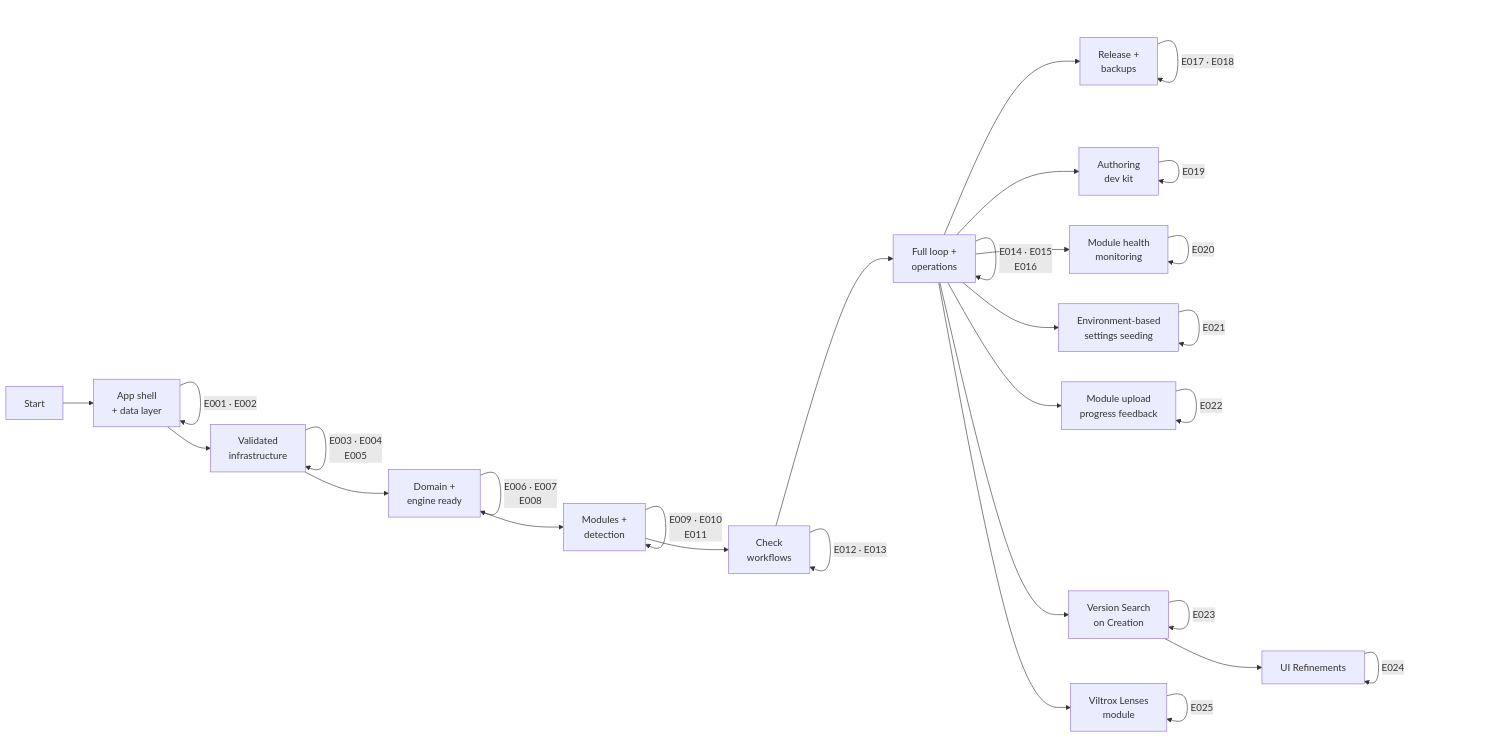
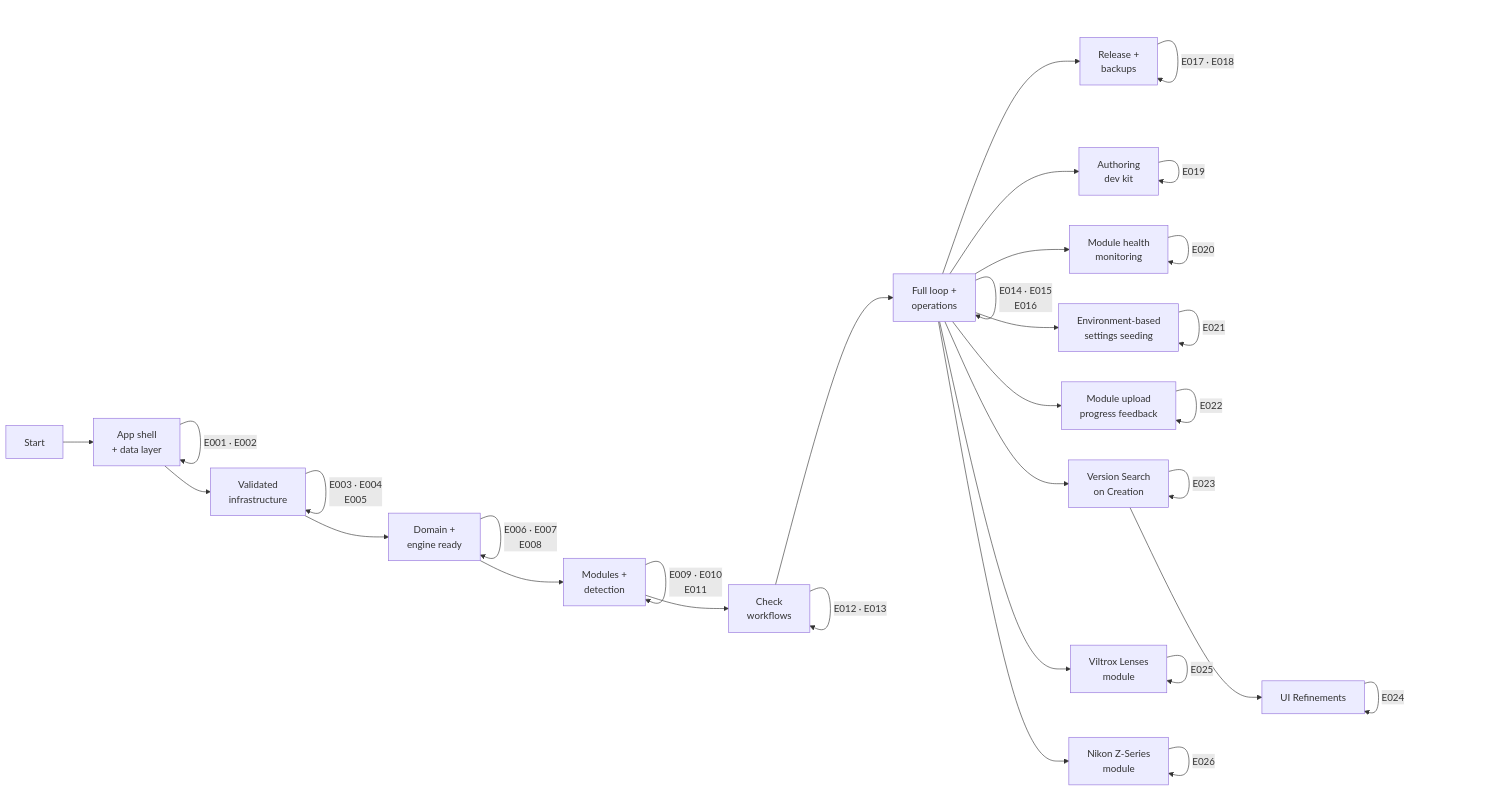
The diagram in specs/project-plan.md (attilaszasz/Binocular), drawn with Mermaid before and after one commit. The commit also changed other lines of this file and 2 other files, not shown here.

Commit message:
feat: register Nikon Z-Series module epic (E026) in project plan and PRD

````diff
--- a/specs/project-plan.md
+++ b/specs/project-plan.md
@@ -116,43 +122,46 @@
 ```mermaid
 graph LR
     START["Start"] --> M1["App shell<br>+ data layer"]
     M1 -->|"E001 · E002"| M1
 
     M1 --> M2["Validated<br>infrastructure"]
     M2 -->|"E003 · E004<br>E005"| M2
 
     M2 --> M3["Domain +<br>engine ready"]
     M3 -->|"E006 · E007<br>E008"| M3
 
     M3 --> M4["Modules +<br>detection"]
     M4 -->|"E009 · E010<br>E011"| M4
 
     M4 --> M5["Check<br>workflows"]
     M5 -->|"E012 · E013"| M5
 
     M5 --> M6["Full loop +<br>operations"]
     M6 -->|"E014 · E015<br>E016"| M6
 
     M6 --> M7["Release +<br>backups"]
     M7 -->|"E017 · E018"| M7
 
     M6 --> M8["Authoring<br>dev kit"]
     M8 -->|"E019"| M8
 
     M6 --> M9["Module health<br>monitoring"]
     M9 -->|"E020"| M9
 
     M6 --> M10["Environment-based<br>settings seeding"]
     M10 -->|"E021"| M10
 
     M6 --> M11["Module upload<br>progress feedback"]
     M11 -->|"E022"| M11
 
     M6 --> M12["Version Search<br>on Creation"]
     M12 -->|"E023"| M12
     M12 --> M13["UI Refinements"]
     M13 -->|"E024"| M13
 
     M6 --> M14["Viltrox Lenses<br>module"]
     M14 -->|"E025"| M14
+
+    M6 --> M15["Nikon Z-Series<br>module"]
+    M15 -->|"E026"| M15
 ```
````
